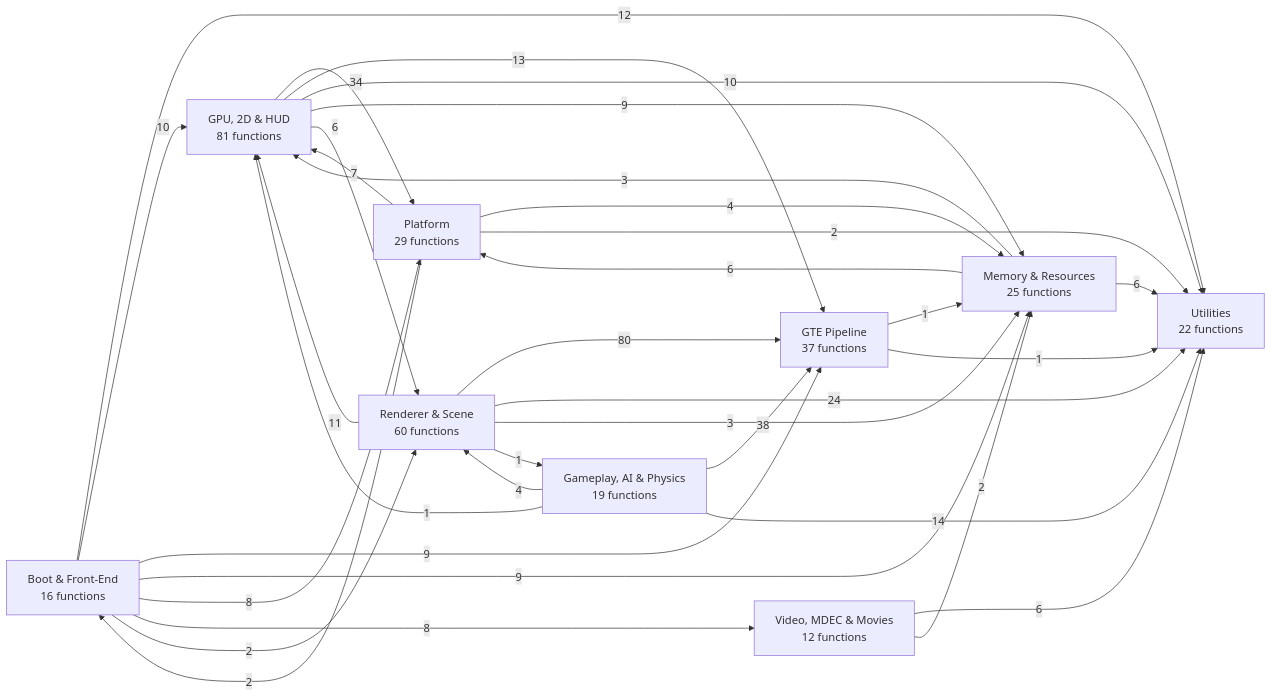
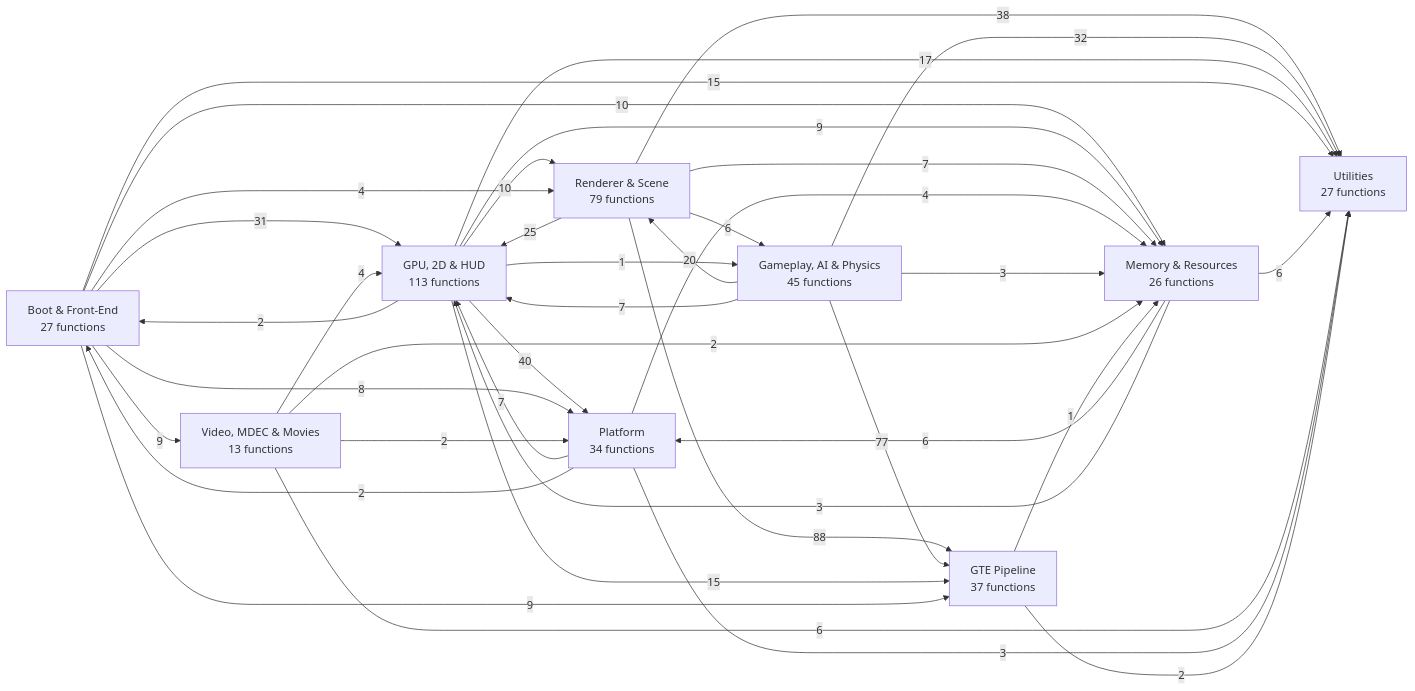
Before and after one commit to kai-luni/Future-Cop-L.A.P.D-PS1: the first of 11 diagrams in docs/FUNCTION_MAP.md, drawn with Mermaid. The commit also changed other lines of this file, not shown here.

````diff
--- a/docs/FUNCTION_MAP.md
+++ b/docs/FUNCTION_MAP.md
@@ -13,44 +13,49 @@
 ```mermaid
 graph LR
-    g0["Boot & Front-End<br/>16 functions"]
-    g1["Memory & Resources<br/>25 functions"]
-    g2["Video, MDEC & Movies<br/>12 functions"]
+    g0["Boot & Front-End<br/>27 functions"]
+    g1["Memory & Resources<br/>26 functions"]
+    g2["Video, MDEC & Movies<br/>13 functions"]
     g3["GTE Pipeline<br/>37 functions"]
-    g4["Renderer & Scene<br/>60 functions"]
-    g5["GPU, 2D & HUD<br/>81 functions"]
-    g6["Gameplay, AI & Physics<br/>19 functions"]
-    g7["Platform<br/>29 functions"]
-    g8["Utilities<br/>22 functions"]
-    g4 -->|80| g3
-    g6 -->|38| g3
-    g5 -->|34| g7
-    g4 -->|24| g8
-    g6 -->|14| g8
-    g5 -->|13| g3
-    g0 -->|12| g8
-    g4 -->|11| g5
-    g0 -->|10| g5
-    g5 -->|10| g8
+    g4["Renderer & Scene<br/>79 functions"]
+    g5["GPU, 2D & HUD<br/>113 functions"]
+    g6["Gameplay, AI & Physics<br/>45 functions"]
+    g7["Platform<br/>34 functions"]
+    g8["Utilities<br/>27 functions"]
+    g4 -->|88| g3
+    g6 -->|77| g3
+    g5 -->|40| g7
+    g4 -->|38| g8
+    g6 -->|32| g8
+    g0 -->|31| g5
+    g4 -->|25| g5
+    g6 -->|20| g4
+    g5 -->|17| g8
+    g0 -->|15| g8
+    g5 -->|15| g3
+    g0 -->|10| g1
+    g5 -->|10| g4
     g0 -->|9| g3
-    g0 -->|9| g1
+    g0 -->|9| g2
     g5 -->|9| g1
     g0 -->|8| g7
-    g0 -->|8| g2
+    g6 -->|7| g5
     g7 -->|7| g5
-    g5 -->|6| g4
+    g4 -->|7| g1
     g1 -->|6| g7
     g1 -->|6| g8
+    g4 -->|6| g6
     g2 -->|6| g8
-    g6 -->|4| g4
+    g0 -->|4| g4
     g7 -->|4| g1
+    g2 -->|4| g5
+    g6 -->|3| g1
     g1 -->|3| g5
-    g4 -->|3| g1
-    g0 -->|2| g4
+    g7 -->|3| g8
+    g5 -->|2| g0
+    g3 -->|2| g8
     g7 -->|2| g0
-    g7 -->|2| g8
     g2 -->|2| g1
+    g2 -->|2| g7
+    g5 -->|1| g6
     g3 -->|1| g1
-    g3 -->|1| g8
-    g6 -->|1| g5
-    g4 -->|1| g6
 ```
````
